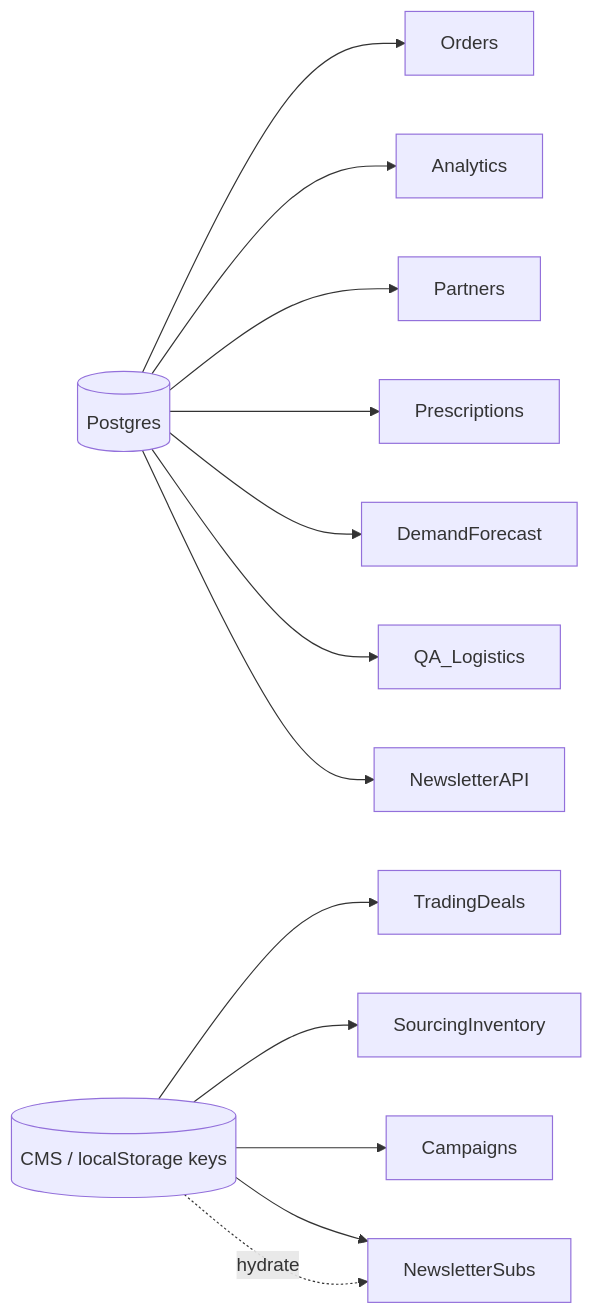
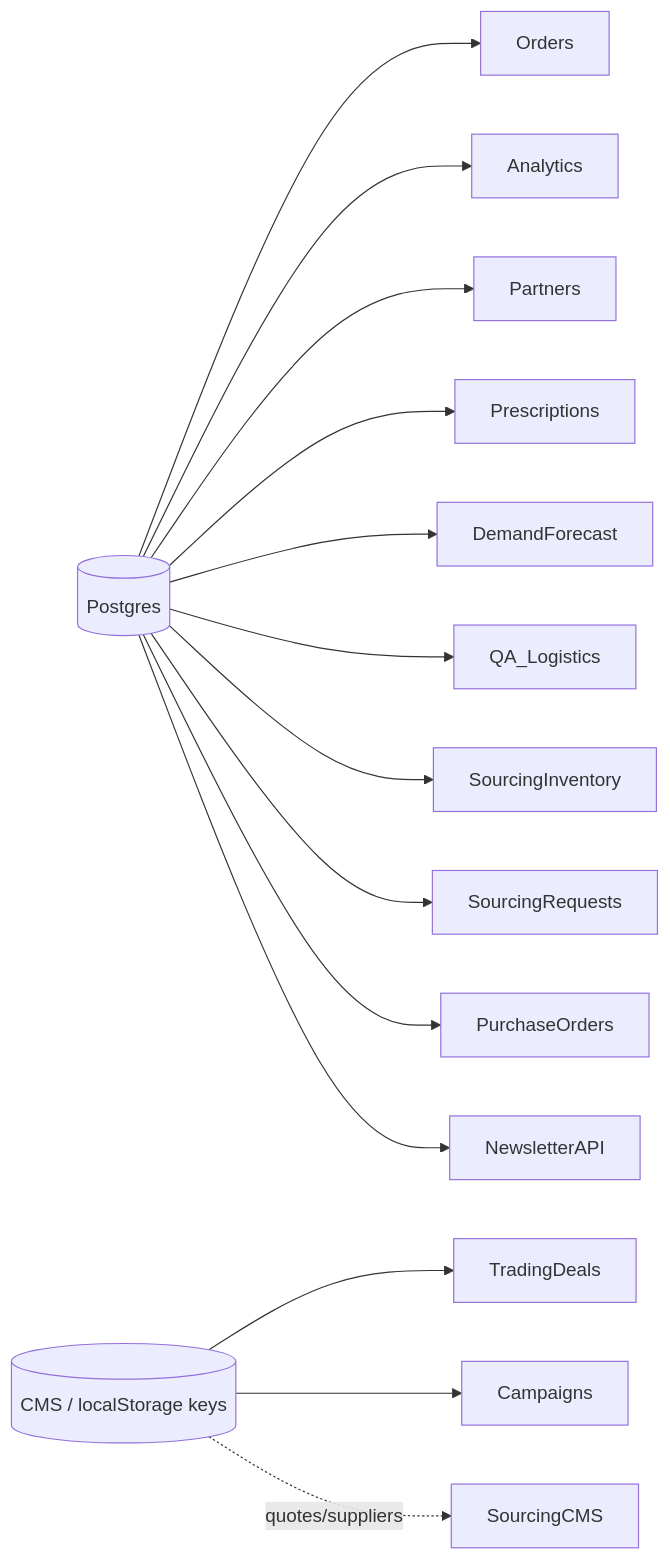
Before and after one commit to arjan001/HOSPITAL: the fifth of 6 diagrams in docs/PROGRESSIVE_REVIEW_REPORT.md, drawn with Mermaid. The commit also changed other lines of this file and 49 other files, not shown here.

````diff
--- a/docs/PROGRESSIVE_REVIEW_REPORT.md
+++ b/docs/PROGRESSIVE_REVIEW_REPORT.md
@@ -119,17 +119,18 @@
 ```mermaid
 flowchart LR
     PG[(Postgres)]
     CMS[(CMS / localStorage keys)]
     PG --> Orders
     PG --> Analytics
     PG --> Partners
     PG --> Prescriptions
     PG --> DemandForecast
     PG --> QA_Logistics
+    PG --> SourcingInventory
+    PG --> SourcingRequests
+    PG --> PurchaseOrders
     CMS --> TradingDeals
-    CMS --> SourcingInventory
     CMS --> Campaigns
-    CMS --> NewsletterSubs
     PG --> NewsletterAPI
-    CMS -.->|hydrate| NewsletterSubs
+    CMS -.->|quotes/suppliers| SourcingCMS
 ```
````
